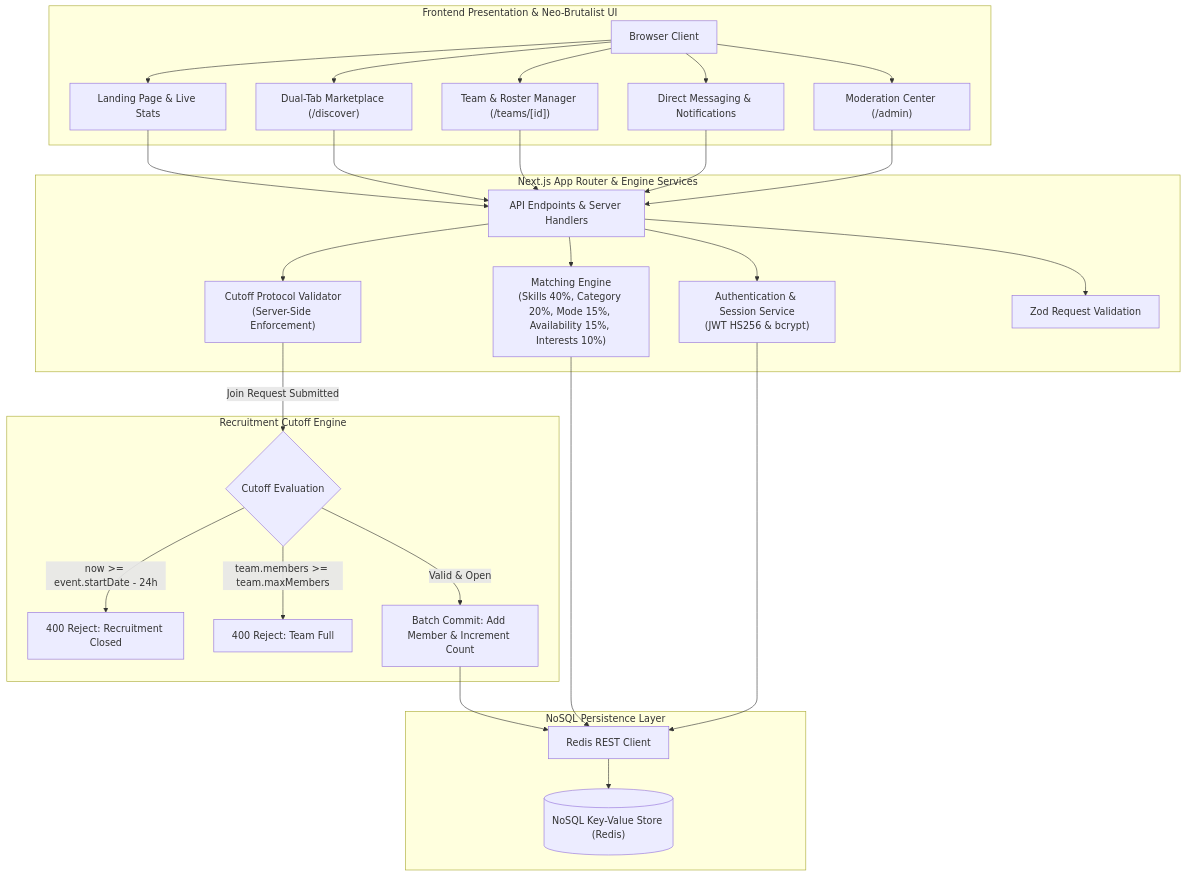
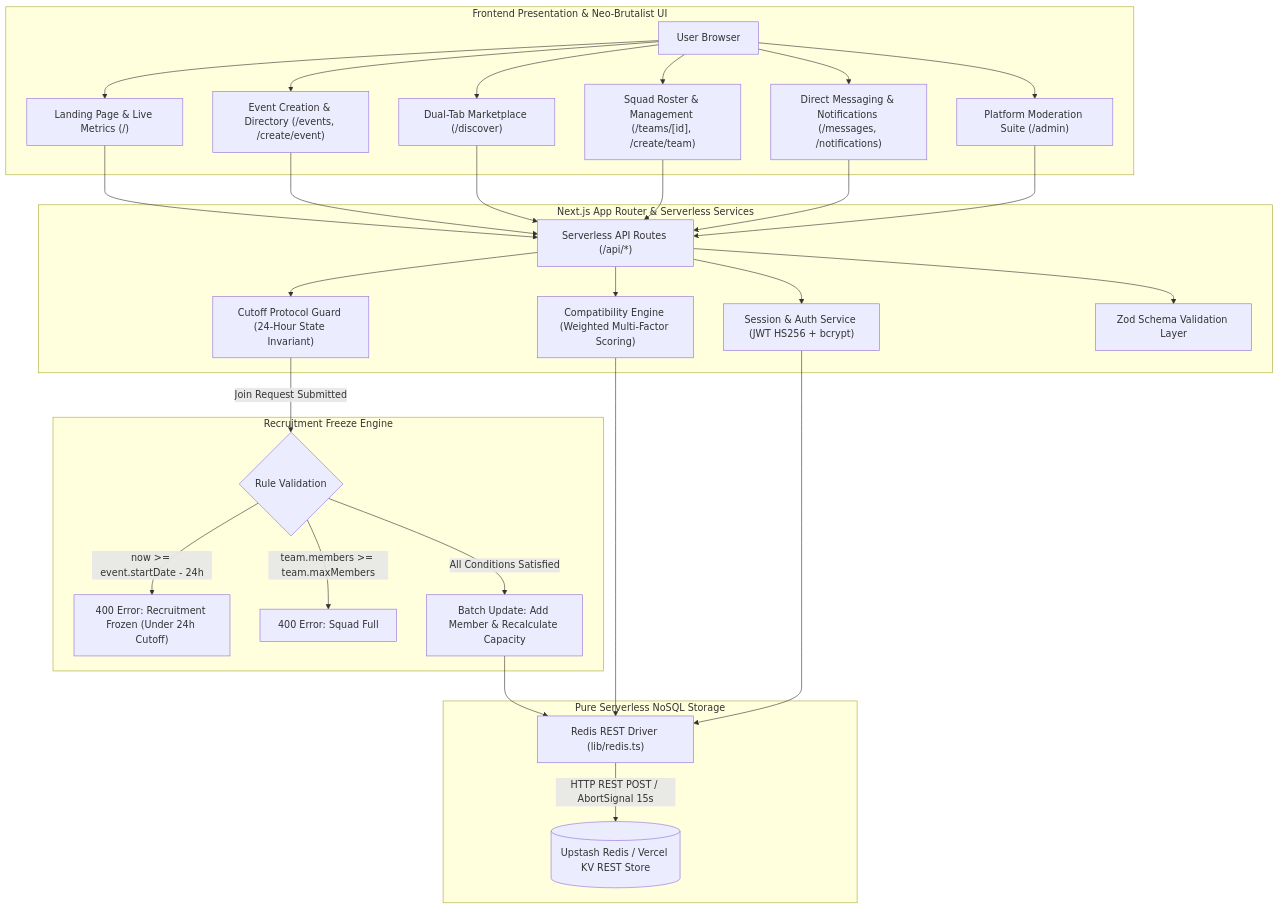
The diagram in README.md (idoblink/TeamOrphan), drawn with Mermaid before and after one commit. The commit also changed other lines of this file and 1 other file, not shown here.

Commit message:
docs: update README with comprehensive architecture, Redis NoSQL specs, and benchmark dataset

````diff
--- a/README.md
+++ b/README.md
@@ -40,31 +52,32 @@
 ```mermaid
 flowchart TD
     subgraph Client_Layer [Frontend Presentation & Neo-Brutalist UI]
-        U["Browser Client"]
-        U --> P1["Landing Page & Live Stats"]
-        U --> P2["Dual-Tab Marketplace (/discover)"]
-        U --> P3["Team & Roster Manager (/teams/[id])"]
-        U --> P4["Direct Messaging & Notifications"]
-        U --> P5["Moderation Center (/admin)"]
+        U["User Browser"]
+        U --> P1["Landing Page & Live Metrics (/)"]
+        U --> P2["Event Creation & Directory (/events, /create/event)"]
+        U --> P3["Dual-Tab Marketplace (/discover)"]
+        U --> P4["Squad Roster & Management (/teams/[id], /create/team)"]
+        U --> P5["Direct Messaging & Notifications (/messages, /notifications)"]
+        U --> P6["Platform Moderation Suite (/admin)"]
     end
 
-    subgraph Logic_Layer [Next.js App Router & Engine Services]
-        P1 & P2 & P3 & P4 & P5 --> API["API Endpoints & Server Handlers"]
-        API --> M1["Matching Engine\n(Skills 40%, Category 20%, Mode 15%, Availability 15%, Interests 10%)"]
-        API --> M2["Cutoff Protocol Validator\n(Server-Side Enforcement)"]
-        API --> M3["Authentication & Session Service\n(JWT HS256 & bcrypt)"]
-        API --> M4["Zod Request Validation"]
+    subgraph Logic_Layer [Next.js App Router & Serverless Services]
+        P1 & P2 & P3 & P4 & P5 & P6 --> API["Serverless API Routes (/api/*)"]
+        API --> AUTH["Session & Auth Service (JWT HS256 + bcrypt)"]
+        API --> MATCH["Compatibility Engine (Weighted Multi-Factor Scoring)"]
+        API --> CUTOFF["Cutoff Protocol Guard (24-Hour State Invariant)"]
+        API --> VALID["Zod Schema Validation Layer"]
     end
 
-    subgraph Safety_Protocol [Recruitment Cutoff Engine]
-        M2 -->|Join Request Submitted| C1{"Cutoff Evaluation"}
-        C1 -->|now >= event.startDate - 24h| C2["400 Reject: Recruitment Closed"]
-        C1 -->|team.members >= team.maxMembers| C3["400 Reject: Team Full"]
-        C1 -->|Valid & Open| C4["Batch Commit: Add Member & Increment Count"]
+    subgraph Safety_Protocol [Recruitment Freeze Engine]
+        CUTOFF -->|Join Request Submitted| EVAL{"Rule Validation"}
+        EVAL -->|now >= event.startDate - 24h| REJ1["400 Error: Recruitment Frozen (Under 24h Cutoff)"]
+        EVAL -->|team.members >= team.maxMembers| REJ2["400 Error: Squad Full"]
+        EVAL -->|All Conditions Satisfied| COMMIT["Batch Update: Add Member & Recalculate Capacity"]
     end
 
-    subgraph Data_Layer [NoSQL Persistence Layer]
-        C4 & M1 & M3 --> DB_CLIENT["Redis REST Client"]
-        DB_CLIENT --> DB[("NoSQL Key-Value Store (Redis)")]
+    subgraph Data_Layer [Pure Serverless NoSQL Storage]
+        COMMIT & MATCH & AUTH --> DB_CLIENT["Redis REST Driver (lib/redis.ts)"]
+        DB_CLIENT -->|HTTP REST POST / AbortSignal 15s| REDIS[("Upstash Redis / Vercel KV REST Store")]
     end
 ```
````
